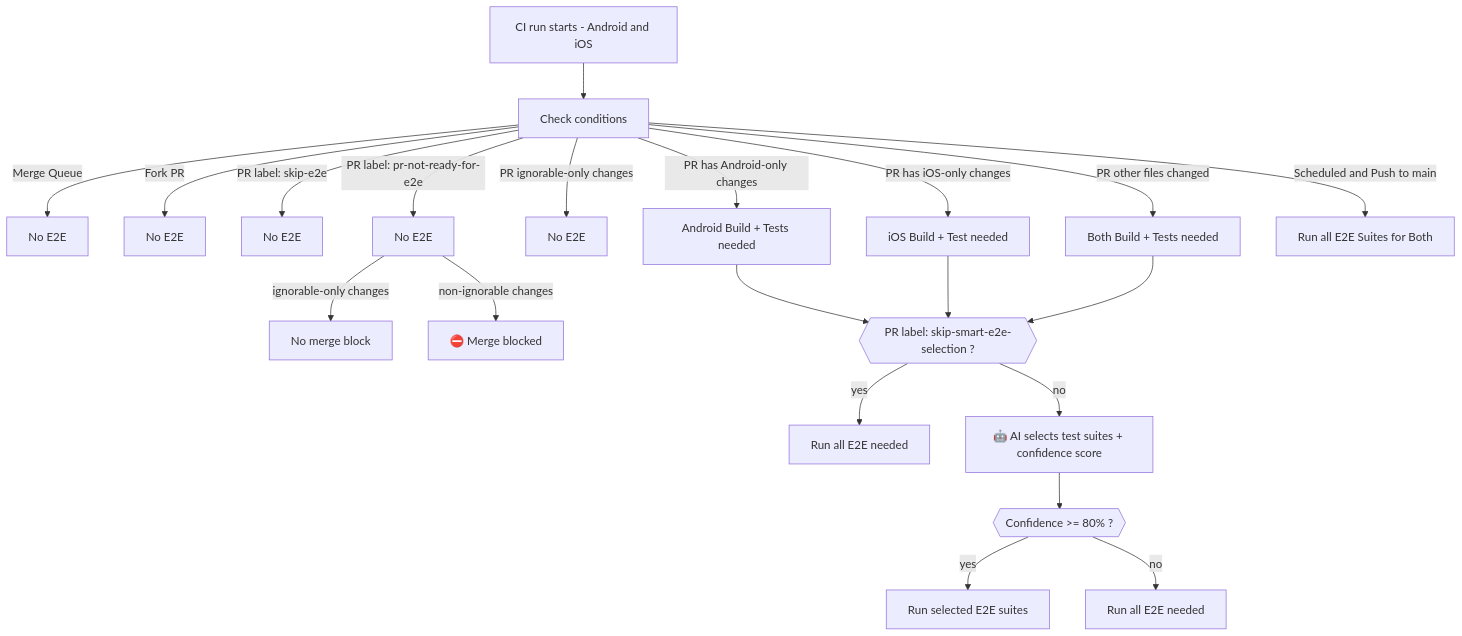
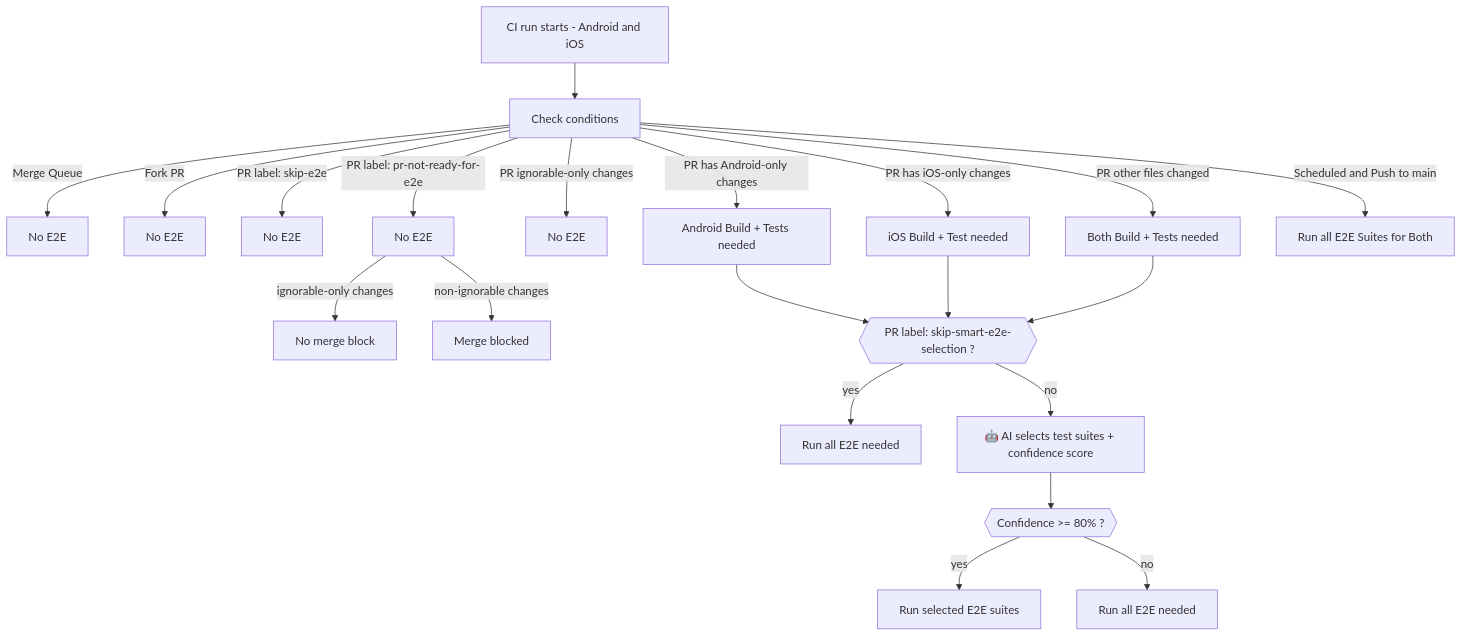
One commit to MetaMask/metamask-mobile changed the diagram in .github/guidelines/E2E_DECISION_TREE.md. Above: the diagram before and after it, drawn with Mermaid. The commit also changed other lines of this file and 1106 other files, not shown here.

````diff
--- a/.github/guidelines/E2E_DECISION_TREE.md
+++ b/.github/guidelines/E2E_DECISION_TREE.md
@@ -5,22 +5,22 @@
 ```mermaid
 flowchart TD
     CI[CI run starts - Android and iOS] --> GR[Check conditions]
     GR -->|Merge Queue | MQ[No E2E]
     GR -->|Fork PR| FK[No E2E]
     GR -->|PR label: skip-e2e| HS[No E2E]
     GR -->|PR label: pr-not-ready-for-e2e| L2[No E2E]
     L2 -->|ignorable-only changes| NoBlock[No merge block]
-    L2 -->|non-ignorable changes| Skip2[⛔️ Merge blocked]
+    L2 -->|non-ignorable changes| Skip2[Merge blocked]
     GR -->|PR ignorable-only changes| Ignorable[No E2E]
     GR -->|PR has Android-only changes| Android[Android Build + Tests needed]
     GR -->|PR has iOS-only changes| iOS[iOS Build + Test needed]
     GR -->|PR other files changed| Both[Both Build + Tests needed]
     GR -->|Scheduled and Push to main | Full[Run all E2E Suites for Both]
 
     Android & iOS & Both --> LABEL{{PR label: skip-smart-e2e-selection ?}}
     LABEL -->|yes| AllTags[Run all E2E needed]
     LABEL -->|no| AI[🤖 AI selects test suites + confidence score]
     AI --> CONF{{Confidence >= 80% ?}}
     CONF -->|yes| SelectedTags[Run selected E2E suites]
     CONF -->|no| AllTagsFallback[Run all E2E needed]
 ```
````
